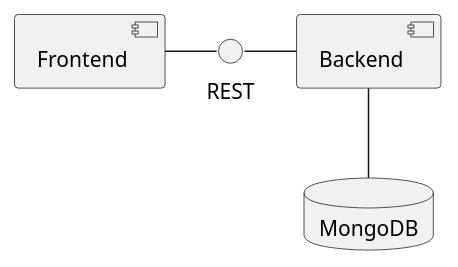
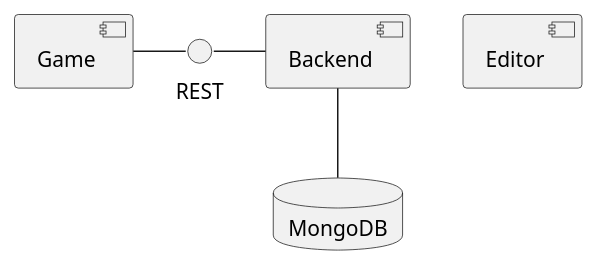
One commit to Retro-Carnage-Team/retro-carnage-docs changed the diagram in docs/uml/components.puml. Above: the diagram before and after it, drawn with PlantUML. The commit also changed 14 other files, not shown here.

```diff
--- a/docs/uml/components.puml
+++ b/docs/uml/components.puml
@@ -1,9 +1,11 @@
-@startuml
+@startuml "components"
 
 database MongoDB
 
+[Editor]
+
 REST - [Backend]
 [Backend] -down- MongoDB
-[Frontend] - REST
+[Game] - REST
 
 @enduml
```
